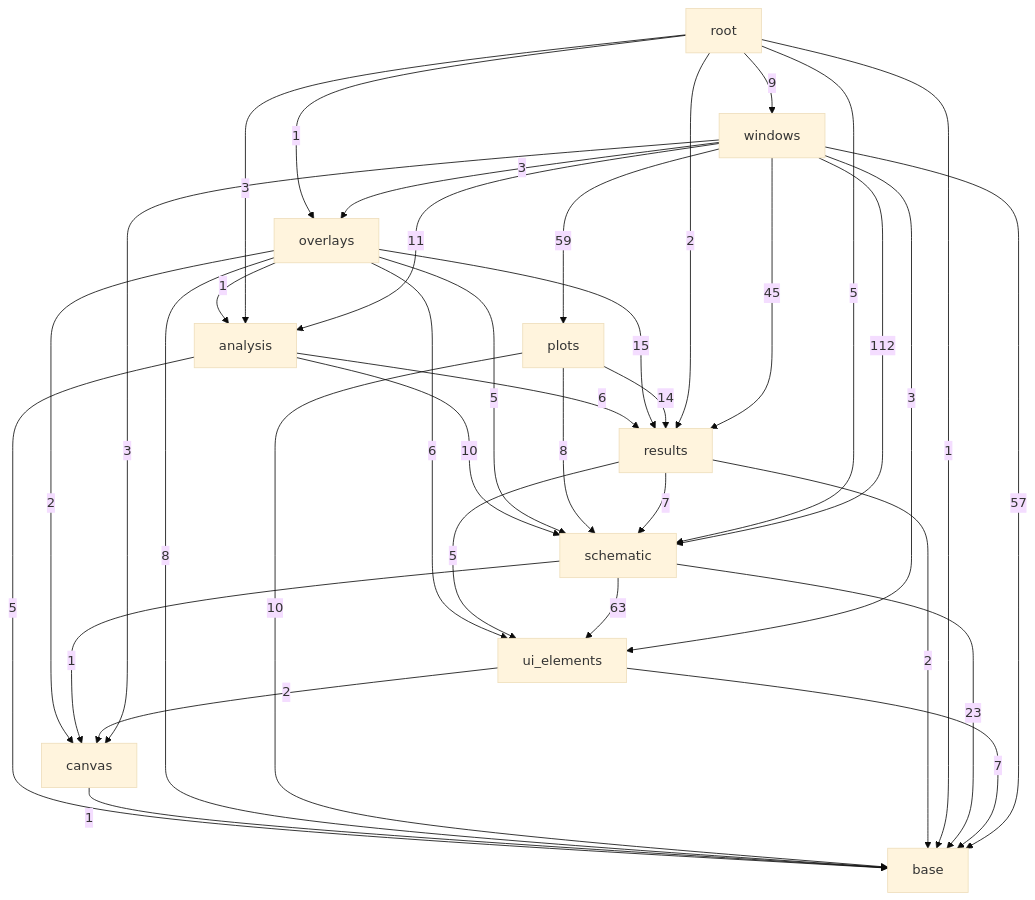
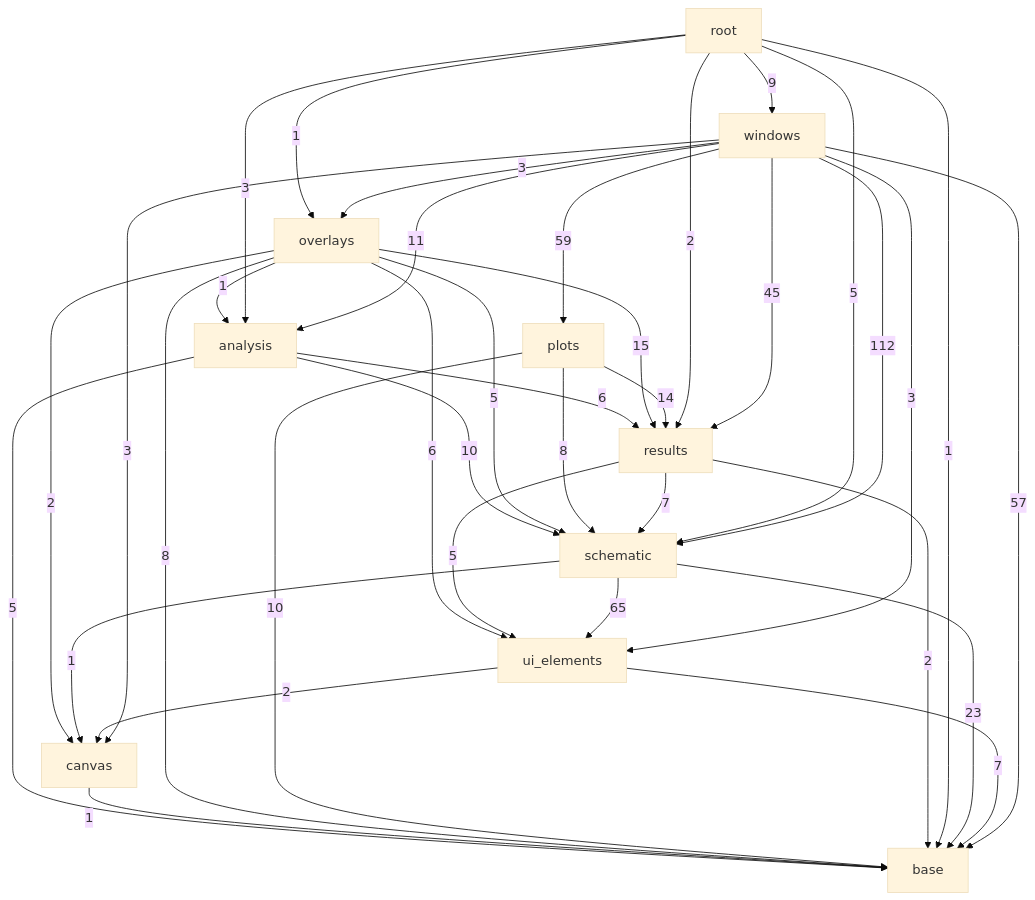
One commit to ronnymilleo/imcsim changed the third of 3 diagrams in docs/architecture.md. Above: the diagram before and after it, drawn with Mermaid (base theme). The commit also changed other lines of this file, not shown here.

Commit message:
Update the include diagram for the measurements and the block library

````diff
--- a/docs/architecture.md
+++ b/docs/architecture.md
@@ -56,48 +56,48 @@
 ```mermaid
 flowchart TD
     app_gui_base[base]
     app_gui_canvas[canvas]
     app_gui_ui_elements[ui_elements]
     app_gui_schematic[schematic]
     app_gui_results[results]
     app_gui_analysis[analysis]
     app_gui_plots[plots]
     app_gui_overlays[overlays]
     app_gui_windows[windows]
     app_gui_root[root]
     app_gui_analysis -->|5| app_gui_base
     app_gui_analysis -->|6| app_gui_results
     app_gui_analysis -->|10| app_gui_schematic
     app_gui_canvas -->|1| app_gui_base
     app_gui_overlays -->|1| app_gui_analysis
     app_gui_overlays -->|8| app_gui_base
     app_gui_overlays -->|2| app_gui_canvas
     app_gui_overlays -->|15| app_gui_results
     app_gui_overlays -->|5| app_gui_schematic
     app_gui_overlays -->|6| app_gui_ui_elements
     app_gui_plots -->|10| app_gui_base
     app_gui_plots -->|14| app_gui_results
     app_gui_plots -->|8| app_gui_schematic
     app_gui_results -->|2| app_gui_base
     app_gui_results -->|7| app_gui_schematic
     app_gui_results -->|5| app_gui_ui_elements
     app_gui_root -->|3| app_gui_analysis
     app_gui_root -->|1| app_gui_base
     app_gui_root -->|1| app_gui_overlays
     app_gui_root -->|2| app_gui_results
     app_gui_root -->|5| app_gui_schematic
     app_gui_root -->|9| app_gui_windows
     app_gui_schematic -->|23| app_gui_base
     app_gui_schematic -->|1| app_gui_canvas
-    app_gui_schematic -->|63| app_gui_ui_elements
+    app_gui_schematic -->|65| app_gui_ui_elements
     app_gui_ui_elements -->|7| app_gui_base
     app_gui_ui_elements -->|2| app_gui_canvas
     app_gui_windows -->|11| app_gui_analysis
     app_gui_windows -->|57| app_gui_base
     app_gui_windows -->|3| app_gui_canvas
     app_gui_windows -->|3| app_gui_overlays
     app_gui_windows -->|59| app_gui_plots
     app_gui_windows -->|45| app_gui_results
     app_gui_windows -->|112| app_gui_schematic
     app_gui_windows -->|3| app_gui_ui_elements
 ```
````
